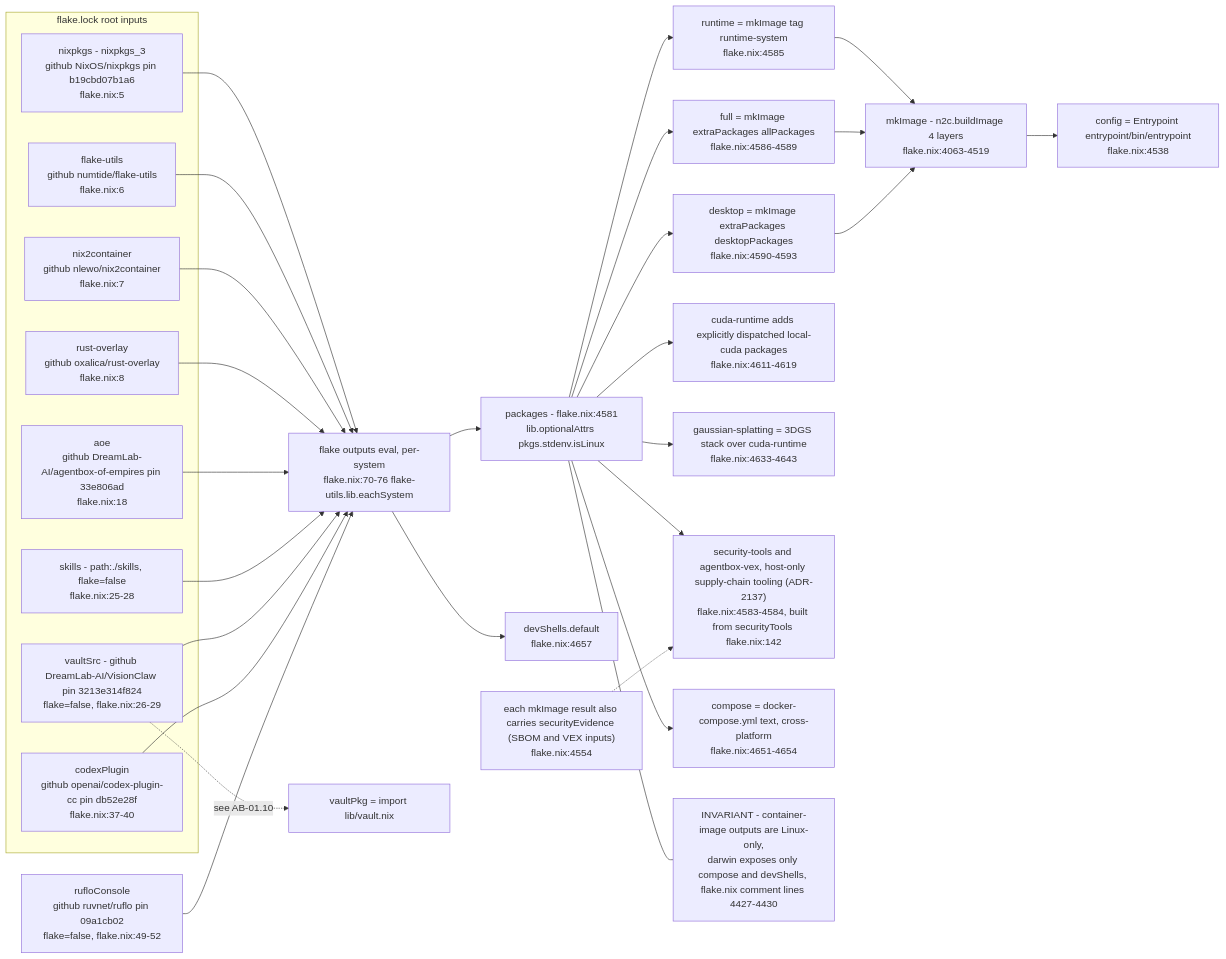
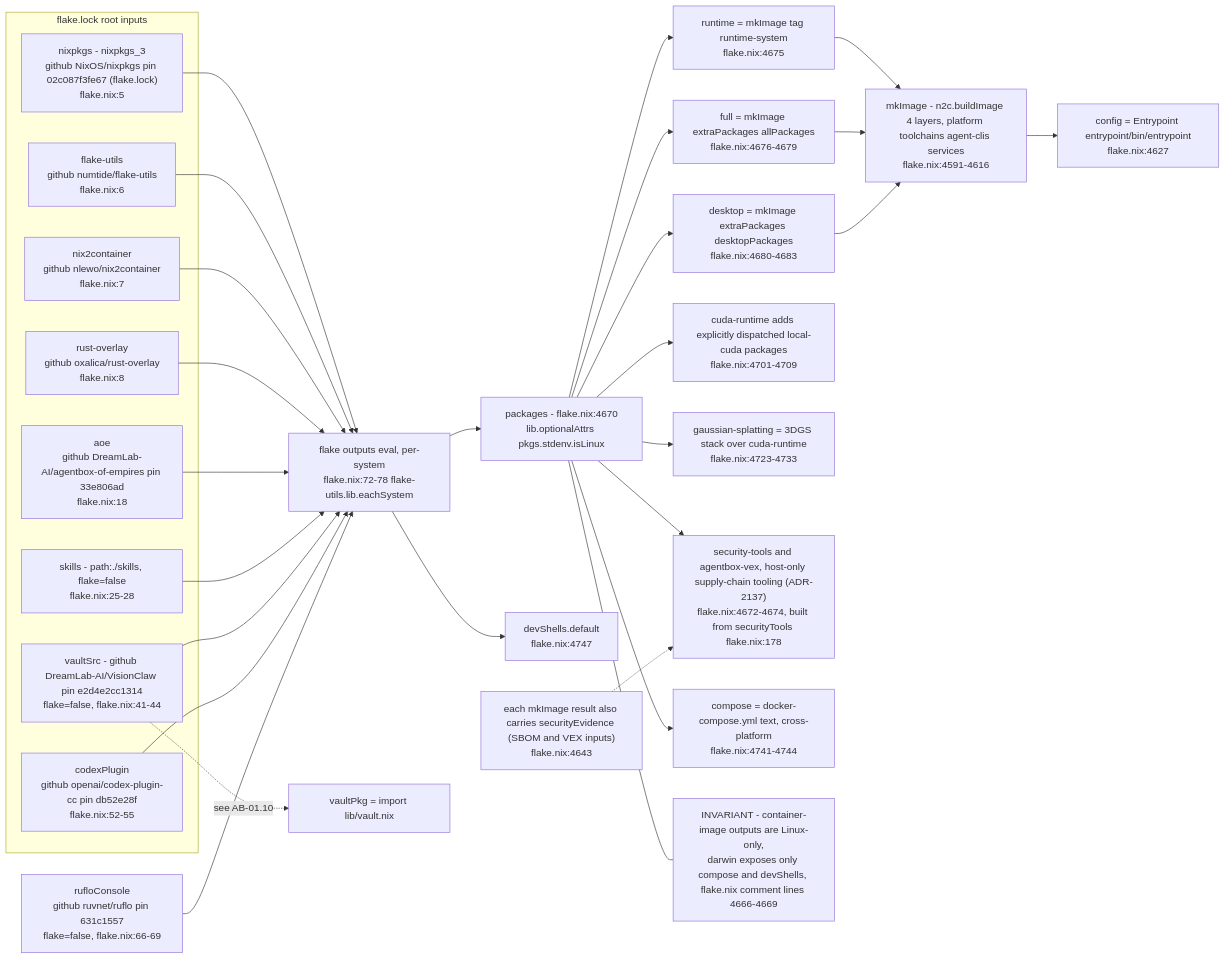
Before and after one commit to DreamLab-AI/VisionFlow: the eighth of 10 diagrams in docs/diagrams/agentbox/01-nix-flake-composition.md, drawn with Mermaid. The commit also changed other lines of this file and 160 other files, not shown here.

````diff
--- a/docs/diagrams/agentbox/01-nix-flake-composition.md
+++ b/docs/diagrams/agentbox/01-nix-flake-composition.md
@@ -363,46 +374,46 @@
 ```mermaid
 flowchart LR
     subgraph INPUTS["flake.lock root inputs"]
-        NIXPKGS["nixpkgs - nixpkgs_3<br/>github NixOS/nixpkgs pin b19cbd07b1a6<br/>flake.nix:5"]
+        NIXPKGS["nixpkgs - nixpkgs_3<br/>github NixOS/nixpkgs pin 02c087f3fe67 (flake.lock)<br/>flake.nix:5"]
         FU["flake-utils<br/>github numtide/flake-utils<br/>flake.nix:6"]
         N2C["nix2container<br/>github nlewo/nix2container<br/>flake.nix:7"]
         RO["rust-overlay<br/>github oxalica/rust-overlay<br/>flake.nix:8"]
         AOE["aoe<br/>github DreamLab-AI/agentbox-of-empires pin 33e806ad<br/>flake.nix:18"]
         SKILLS["skills - path:./skills, flake=false<br/>flake.nix:25-28"]
-        VAULTSRC["vaultSrc - github DreamLab-AI/VisionClaw pin 3213e314f824<br/>flake=false, flake.nix:26-29"]
-        CODEX["codexPlugin<br/>github openai/codex-plugin-cc pin db52e28f<br/>flake.nix:37-40"]
+        VAULTSRC["vaultSrc - github DreamLab-AI/VisionClaw pin e2d4e2cc1314<br/>flake=false, flake.nix:41-44"]
+        CODEX["codexPlugin<br/>github openai/codex-plugin-cc pin db52e28f<br/>flake.nix:52-55"]
     end
 
-    NIXPKGS --> EVAL["flake outputs eval, per-system<br/>flake.nix:70-76 flake-utils.lib.eachSystem"]
+    NIXPKGS --> EVAL["flake outputs eval, per-system<br/>flake.nix:72-78 flake-utils.lib.eachSystem"]
     FU --> EVAL
     N2C --> EVAL
     RO --> EVAL
     AOE --> EVAL
     SKILLS --> EVAL
     VAULTSRC --> EVAL
     CODEX --> EVAL
-    RUFLO["rufloConsole<br/>github ruvnet/ruflo pin 09a1cb02<br/>flake=false, flake.nix:49-52"]
+    RUFLO["rufloConsole<br/>github ruvnet/ruflo pin 631c1557<br/>flake=false, flake.nix:66-69"]
     RUFLO --> EVAL
 
-    EVAL --> PACKAGES["packages - flake.nix:4581<br/>lib.optionalAttrs pkgs.stdenv.isLinux"]
-    EVAL --> DEVSHELL["devShells.default<br/>flake.nix:4657"]
+    EVAL --> PACKAGES["packages - flake.nix:4670<br/>lib.optionalAttrs pkgs.stdenv.isLinux"]
+    EVAL --> DEVSHELL["devShells.default<br/>flake.nix:4747"]
 
-    PACKAGES --> RUNTIME["runtime = mkImage tag runtime-system<br/>flake.nix:4585"]
-    PACKAGES --> FULL["full = mkImage extraPackages allPackages<br/>flake.nix:4586-4589"]
-    PACKAGES --> DESKTOP["desktop = mkImage extraPackages desktopPackages<br/>flake.nix:4590-4593"]
-    PACKAGES --> CUDART["cuda-runtime adds explicitly dispatched local-cuda packages<br/>flake.nix:4611-4619"]
-    PACKAGES --> GSPLAT["gaussian-splatting = 3DGS stack over cuda-runtime<br/>flake.nix:4633-4643"]
-    PACKAGES --> SECTOOLS["security-tools and agentbox-vex, host-only supply-chain tooling (ADR-2137)<br/>flake.nix:4583-4584, built from securityTools flake.nix:142"]
-    MKIMG2["each mkImage result also carries securityEvidence (SBOM and VEX inputs)<br/>flake.nix:4554"] -.-> SECTOOLS
-    PACKAGES --> COMPOSE["compose = docker-compose.yml text, cross-platform<br/>flake.nix:4651-4654"]
+    PACKAGES --> RUNTIME["runtime = mkImage tag runtime-system<br/>flake.nix:4675"]
+    PACKAGES --> FULL["full = mkImage extraPackages allPackages<br/>flake.nix:4676-4679"]
+    PACKAGES --> DESKTOP["desktop = mkImage extraPackages desktopPackages<br/>flake.nix:4680-4683"]
+    PACKAGES --> CUDART["cuda-runtime adds explicitly dispatched local-cuda packages<br/>flake.nix:4701-4709"]
+    PACKAGES --> GSPLAT["gaussian-splatting = 3DGS stack over cuda-runtime<br/>flake.nix:4723-4733"]
+    PACKAGES --> SECTOOLS["security-tools and agentbox-vex, host-only supply-chain tooling (ADR-2137)<br/>flake.nix:4672-4674, built from securityTools flake.nix:178"]
+    MKIMG2["each mkImage result also carries securityEvidence (SBOM and VEX inputs)<br/>flake.nix:4643"] -.-> SECTOOLS
+    PACKAGES --> COMPOSE["compose = docker-compose.yml text, cross-platform<br/>flake.nix:4741-4744"]
 
-    RUNTIME --> MKIMG["mkImage - n2c.buildImage 4 layers<br/>flake.nix:4063-4519"]
+    RUNTIME --> MKIMG["mkImage - n2c.buildImage 4 layers, platform toolchains agent-clis services<br/>flake.nix:4591-4616"]
     FULL --> MKIMG
     DESKTOP --> MKIMG
 
-    MKIMG --> ENTRYPOINT["config = Entrypoint entrypoint/bin/entrypoint<br/>flake.nix:4538"]
+    MKIMG --> ENTRYPOINT["config = Entrypoint entrypoint/bin/entrypoint<br/>flake.nix:4627"]
     VAULTSRC -.->|"see AB-01.10"| VAULTPKG["vaultPkg = import lib/vault.nix"]
 
-    NOTE1["INVARIANT - container-image outputs are Linux-only,<br/>darwin exposes only compose and devShells, flake.nix comment lines 4427-4430"]
+    NOTE1["INVARIANT - container-image outputs are Linux-only,<br/>darwin exposes only compose and devShells, flake.nix comment lines 4666-4669"]
     PACKAGES --- NOTE1
 ```
````
